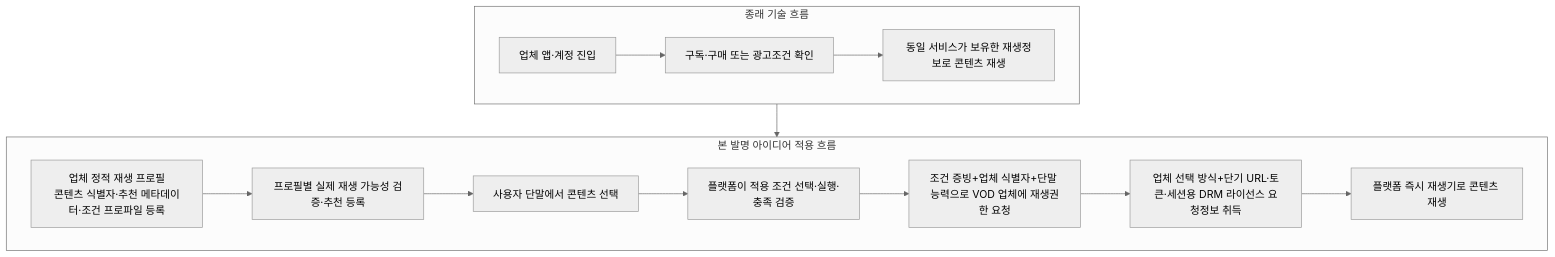
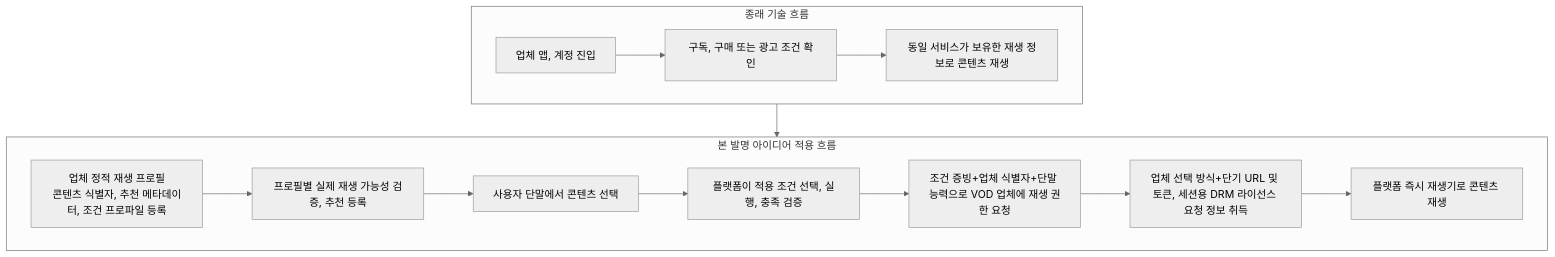
Before and after one commit to growdai1y/instant-play: the first of 11 diagrams in instant_play_직무발명서.md, drawn with Mermaid (neutral theme). The commit also changed other lines of this file, not shown here.

Commit message:
Polish invention disclosure wording and diagrams

````diff
--- a/instant_play_직무발명서.md
+++ b/instant_play_직무발명서.md
@@ -83,18 +83,18 @@
 ```mermaid
 flowchart TB
     subgraph OLD["종래 기술 흐름"]
-        O1["업체 앱·계정 진입"] --> O2["구독·구매 또는 광고조건 확인"]
-        O2 --> O3["동일 서비스가 보유한 재생정보로 콘텐츠 재생"]
+        O1["업체 앱, 계정 진입"] --> O2["구독, 구매 또는 광고 조건 확인"]
+        O2 --> O3["동일 서비스가 보유한 재생 정보로 콘텐츠 재생"]
     end
 
     subgraph NEW["본 발명 아이디어 적용 흐름"]
-        N1["업체 정적 재생 프로필<br/>콘텐츠 식별자·추천 메타데이터·조건 프로파일 등록"] --> N2["프로필별 실제 재생 가능성 검증·추천 등록"]
+        N1["업체 정적 재생 프로필<br/>콘텐츠 식별자, 추천 메타데이터, 조건 프로파일 등록"] --> N2["프로필별 실제 재생 가능성 검증, 추천 등록"]
         N2 --> N3["사용자 단말에서 콘텐츠 선택"]
-        N3 --> N4["플랫폼이 적용 조건 선택·실행·충족 검증"]
-        N4 --> N5["조건 증빙+업체 식별자+단말 능력으로 VOD 업체에 재생권한 요청"]
-        N5 --> N6["업체 선택 방식+단기 URL·토큰·세션용 DRM 라이선스 요청정보 취득"]
+        N3 --> N4["플랫폼이 적용 조건 선택, 실행, 충족 검증"]
+        N4 --> N5["조건 증빙+업체 식별자+단말 능력으로 VOD 업체에 재생 권한 요청"]
+        N5 --> N6["업체 선택 방식+단기 URL 및 토큰, 세션용 DRM 라이선스 요청 정보 취득"]
         N6 --> N7["플랫폼 즉시 재생기로 콘텐츠 재생"]
     end
 
     OLD --> NEW
 ```
````
